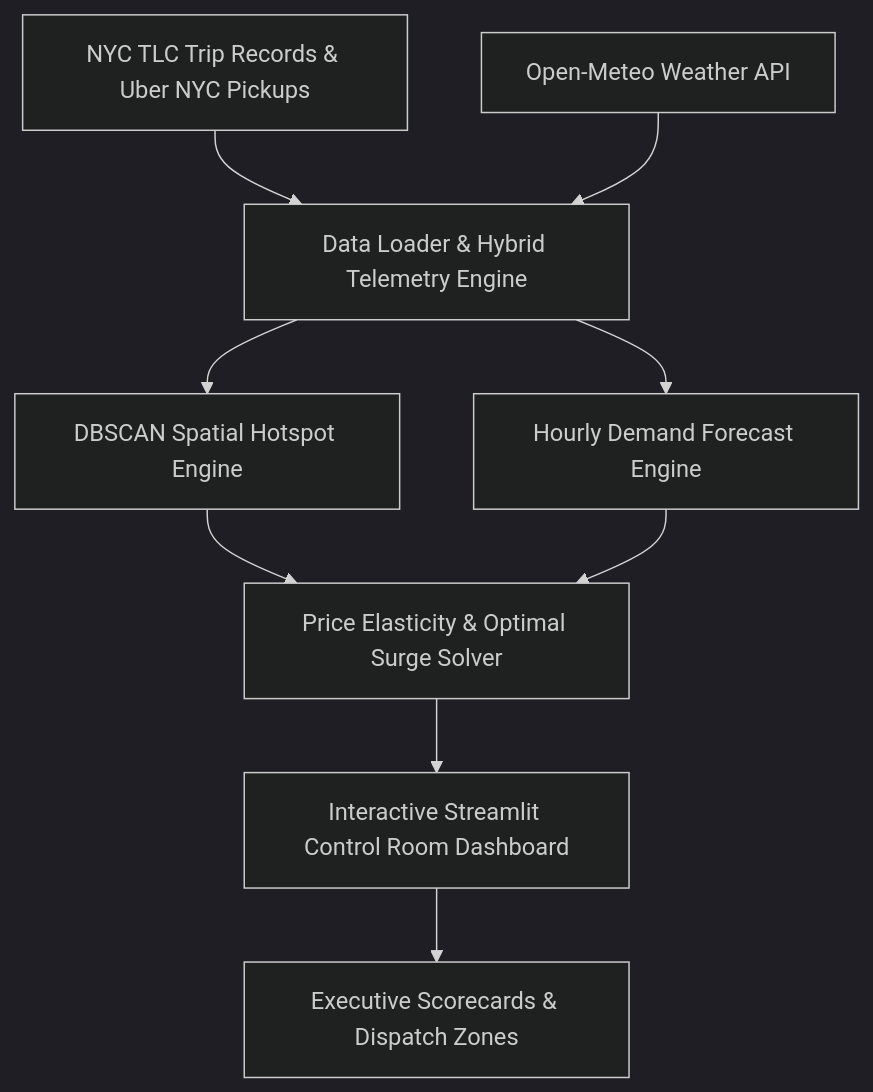
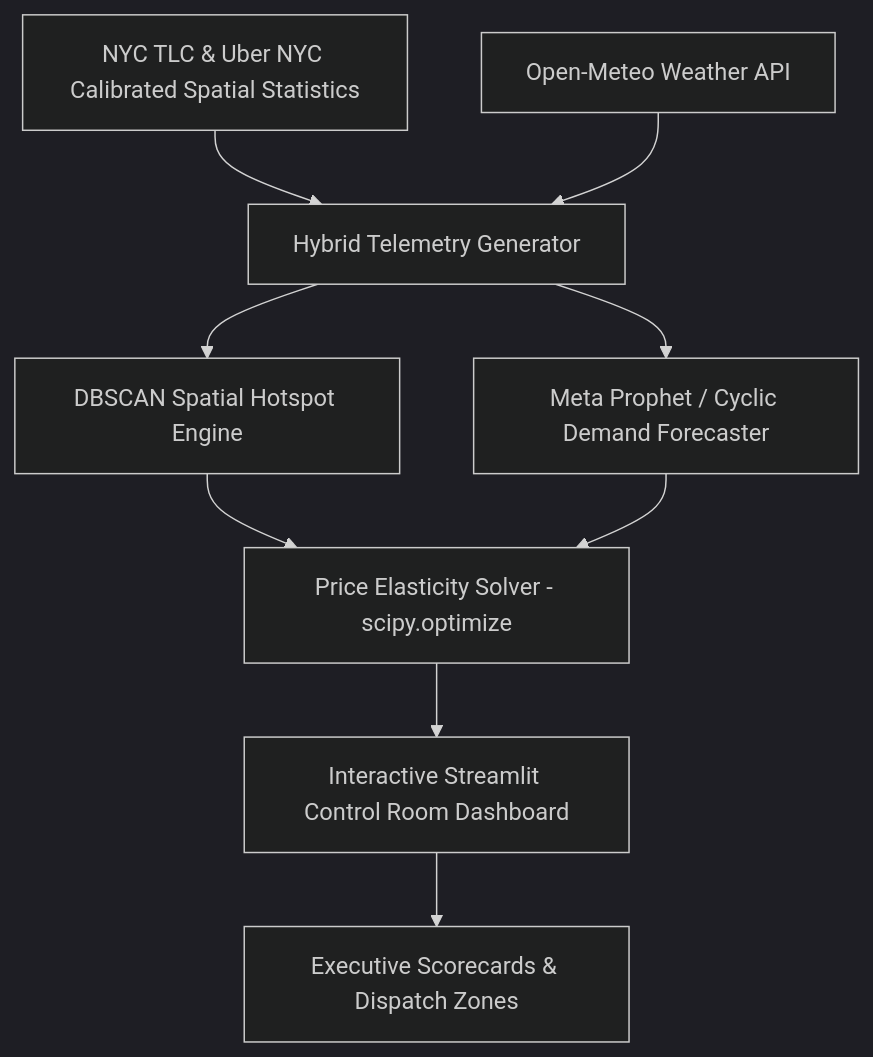
Before and after one commit to PriyankaHichkad/Peak-Hour-Surge-Control: the diagram in README.md, drawn with Mermaid (dark theme). The commit also changed other lines of this file and 11 other files, not shown here.

````diff
--- a/README.md
+++ b/README.md
@@ -25,11 +26,11 @@
 ```mermaid
 flowchart TD
-    A[NYC TLC Trip Records & Uber NYC Pickups] --> C[Data Loader & Hybrid Telemetry Engine]
+    A[NYC TLC & Uber NYC Calibrated Spatial Statistics] --> C[Hybrid Telemetry Generator]
     B[Open-Meteo Weather API] --> C
     C --> D[DBSCAN Spatial Hotspot Engine]
-    C --> E[Hourly Demand Forecast Engine]
-    D --> F[Price Elasticity & Optimal Surge Solver]
+    C --> E[Meta Prophet / Cyclic Demand Forecaster]
+    D --> F[Price Elasticity Solver - scipy.optimize]
     E --> F
     F --> G[Interactive Streamlit Control Room Dashboard]
     G --> H[Executive Scorecards & Dispatch Zones]
 ```
````
